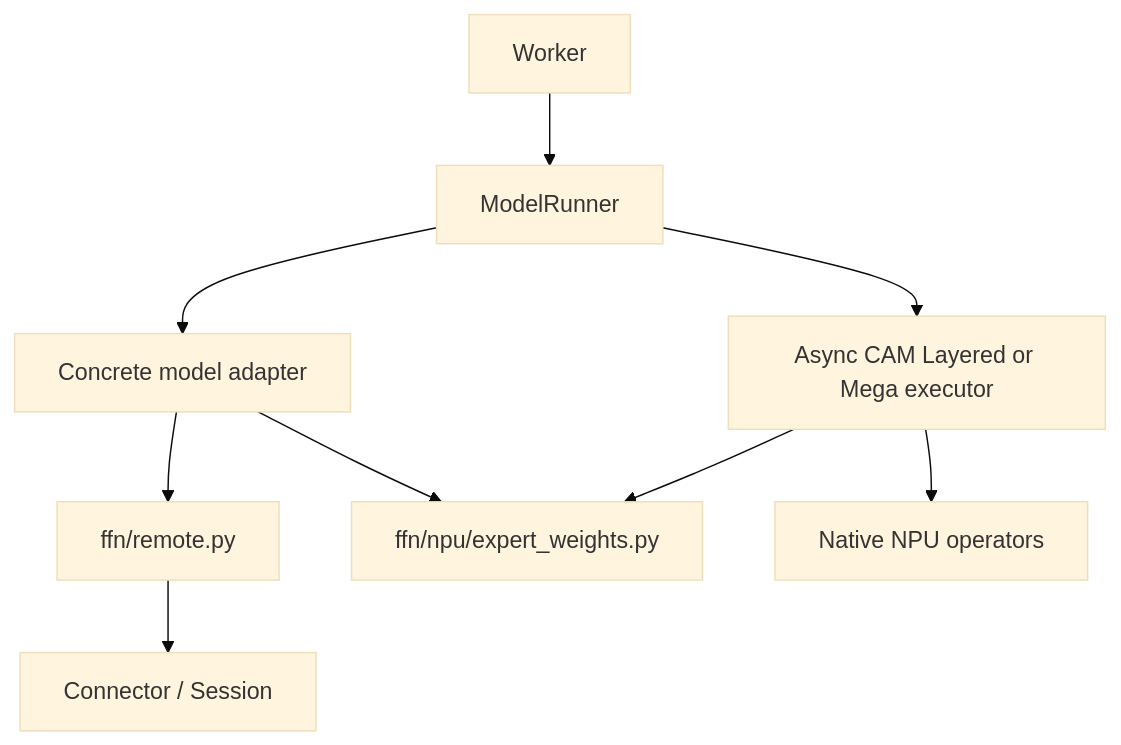
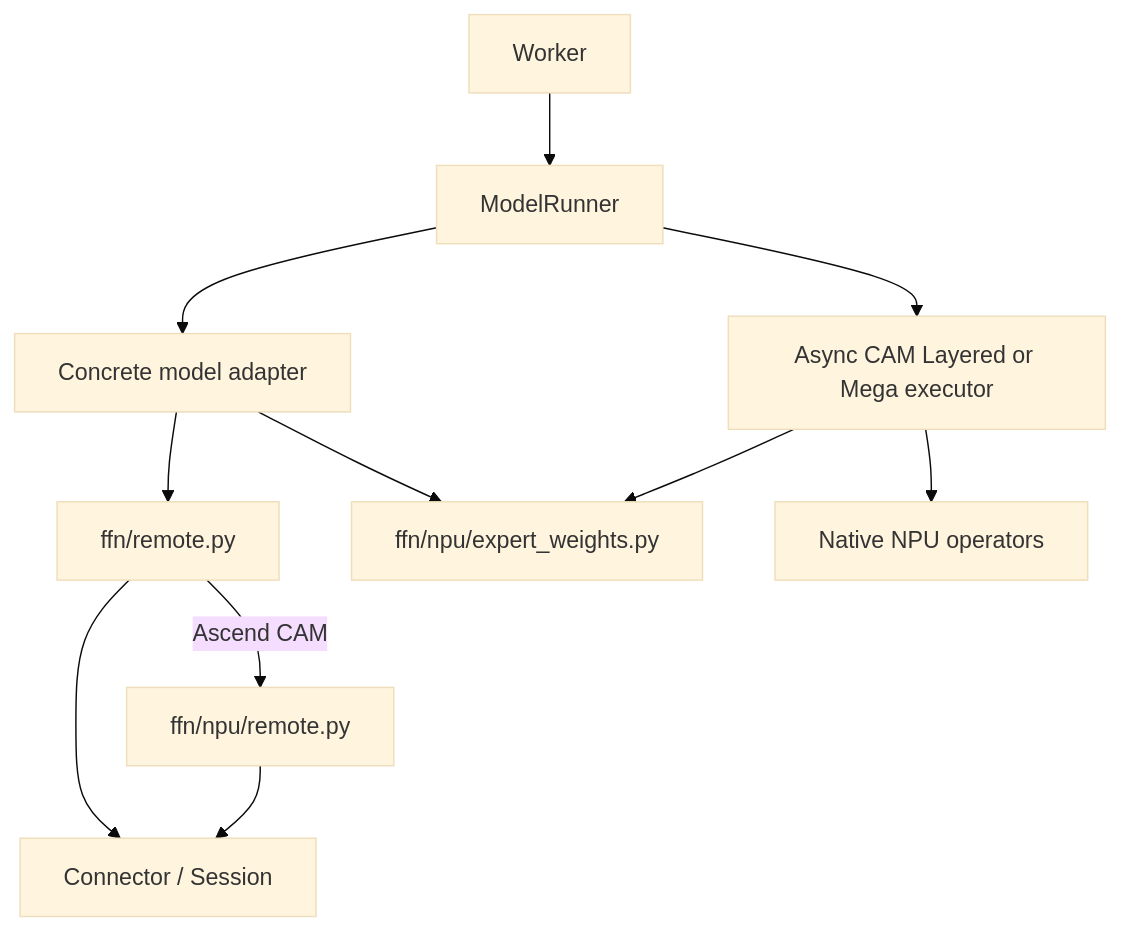
One commit to vllm-project/afd-plugin changed the first of 2 diagrams in docs/design/module/model_integration.md. Above: the diagram before and after it, drawn with Mermaid (base theme). The commit also changed other lines of this file and 10 other files, not shown here.

Commit message:
Move Ascend CAM MoE runners into the NPU module

````diff
--- a/docs/design/module/model_integration.md
+++ b/docs/design/module/model_integration.md
@@ -82,11 +84,13 @@
 ```mermaid
 flowchart TD
     Worker[Worker] --> Runner[ModelRunner]
     Runner --> Model[Concrete model adapter]
     Model --> Remote[ffn/remote.py]
     Remote --> Connector[Connector / Session]
+    Remote -->|Ascend CAM| CAM[ffn/npu/remote.py]
+    CAM --> Connector
     Model --> Weights[ffn/npu/expert_weights.py]
     Runner --> Compute[Async CAM Layered or Mega executor]
     Compute --> Weights
     Compute --> Native[Native NPU operators]
 ```
````
